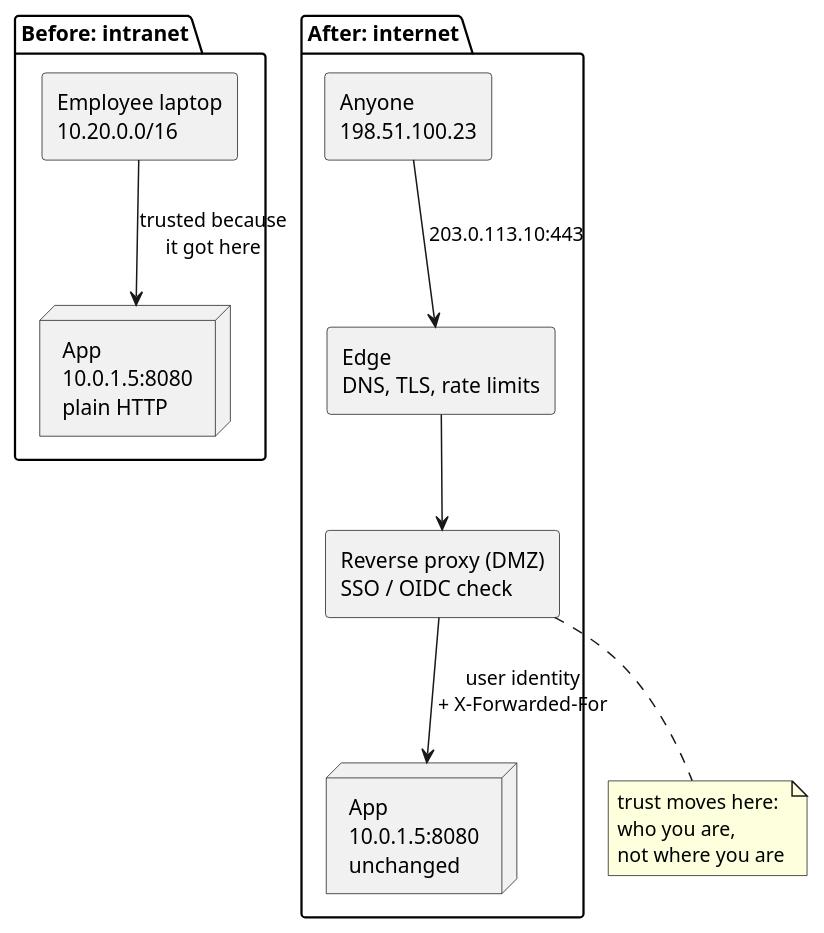
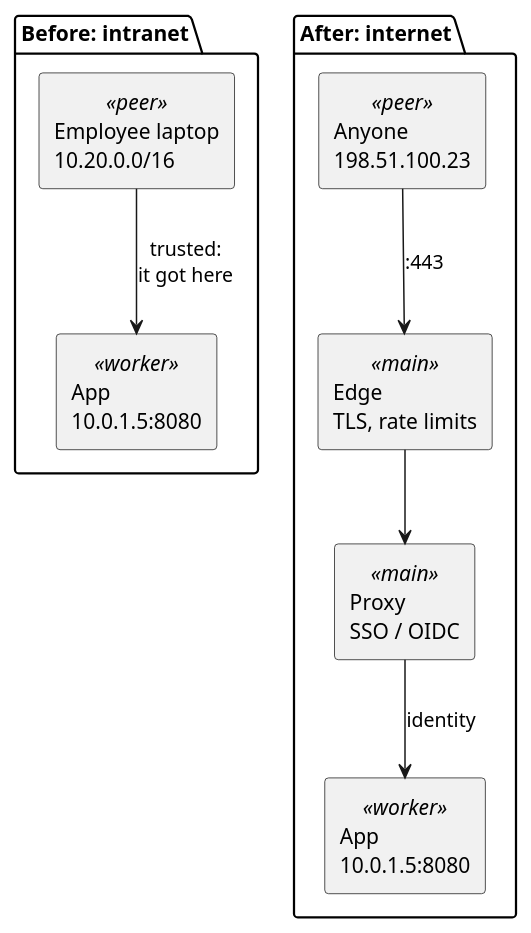
One commit to samadeep/samadeep.github.io changed the second of 9 diagrams in src/content/posts/2026-10-04-expose-intranet-app-to-internet.md. Above: the diagram before and after it, drawn with PlantUML. The commit also changed other lines of this file and 49 other files, not shown here.

First line of the commit message:
Visual-first post, reference-style diagrams, analytics and reactions (#9)

````diff
--- a/src/content/posts/2026-10-04-expose-intranet-app-to-internet.md
+++ b/src/content/posts/2026-10-04-expose-intranet-app-to-internet.md
@@ -38,20 +66,19 @@
-```plantuml title="Figure 1: on the intranet, location is the credential. On the internet, identity has to be."
+```plantuml title="Figure 2: on the intranet, location is the credential. On the internet, identity has to be."
 @startuml
 package "Before: intranet" {
-  rectangle "Employee laptop\n10.20.0.0/16" as L1
-  node "App\n10.0.1.5:8080\nplain HTTP" as A1
-  L1 --> A1 : trusted because\nit got here
+  rectangle "Employee laptop\n10.20.0.0/16" <<peer>> as L1
+  rectangle "App\n10.0.1.5:8080" <<worker>> as A1
+  L1 --> A1 : trusted:\nit got here
 }
 package "After: internet" {
-  rectangle "Anyone\n198.51.100.23" as U
-  rectangle "Edge\nDNS, TLS, rate limits" as E
-  rectangle "Reverse proxy (DMZ)\nSSO / OIDC check" as P
-  node "App\n10.0.1.5:8080\nunchanged" as A2
-  U --> E : 203.0.113.10:443
+  rectangle "Anyone\n198.51.100.23" <<peer>> as U
+  rectangle "Edge\nTLS, rate limits" <<main>> as E
+  rectangle "Proxy\nSSO / OIDC" <<main>> as P
+  rectangle "App\n10.0.1.5:8080" <<worker>> as A2
+  U --> E : :443
   E --> P
-  P --> A2 : user identity\n+ X-Forwarded-For
+  P --> A2 : identity
 }
 L1 -[hidden]right-> U
-note bottom of P : trust moves here:\nwho you are,\nnot where you are
 @enduml
 ```
````
